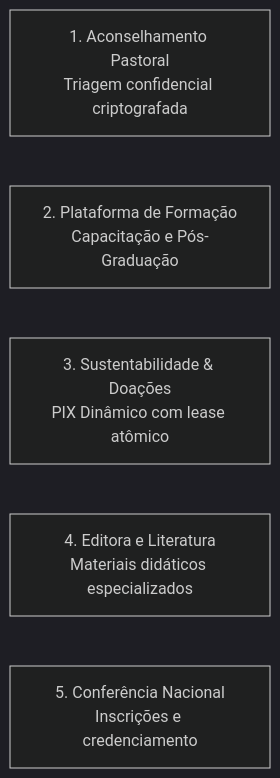
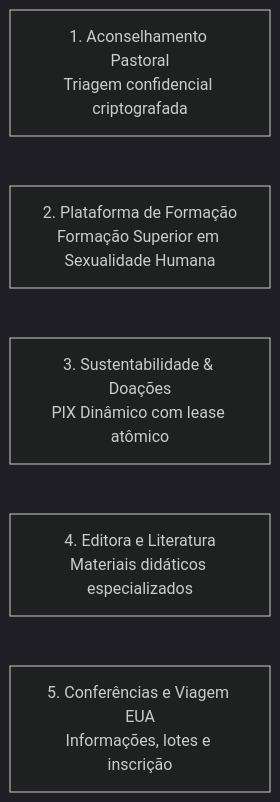
Before and after one commit to purelifeministriesbrasil/documentation: the diagram in docs/requirements/index.md, drawn with Mermaid (dark theme). The commit also changed other lines of this file and 40 other files, not shown here.

````diff
--- a/docs/requirements/index.md
+++ b/docs/requirements/index.md
@@ -25,8 +25,8 @@
 ```mermaid
 flowchart LR
     Aconselhamento["1. Aconselhamento Pastoral<br>Triagem confidencial criptografada"]
-    Educacional["2. Plataforma de Formação<br>Capacitação e Pós-Graduação"]
+    Educacional["2. Plataforma de Formação<br>Formação Superior em Sexualidade Humana"]
     Financeiro["3. Sustentabilidade & Doações<br>PIX Dinâmico com lease atômico"]
     Editora["4. Editora e Literatura<br>Materiais didáticos especializados"]
-    Conferencia["5. Conferência Nacional<br>Inscrições e credenciamento"]
+    Conferencia["5. Conferências e Viagem EUA<br>Informações, lotes e inscrição"]
 ```
````
